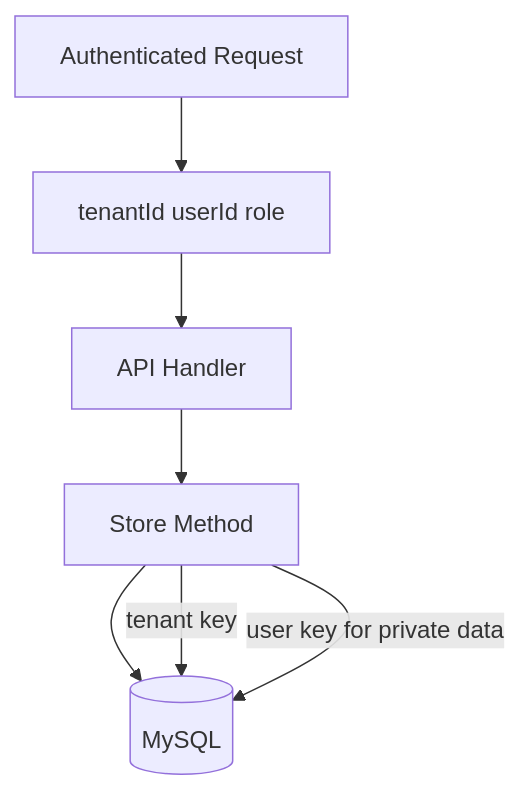
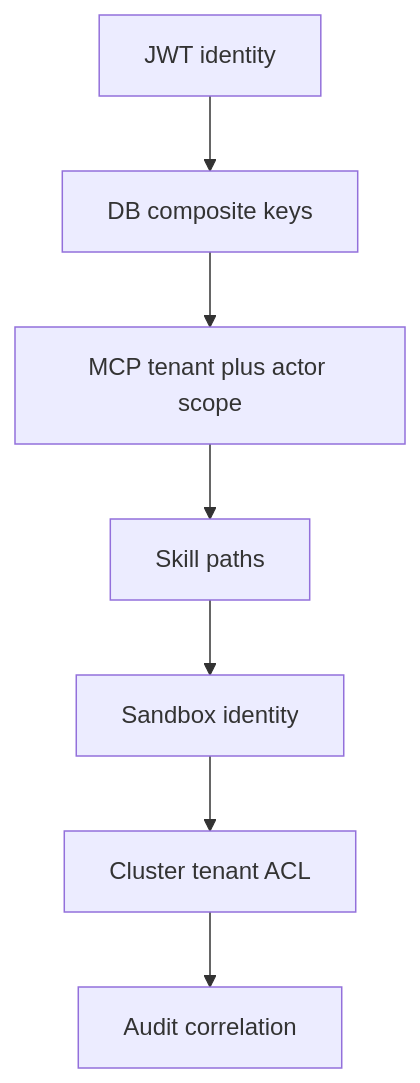
Before and after one commit to Wpxknight/agentdemo: the second of 3 diagrams in docs/design/06-auth-security-tenancy.md, drawn with Mermaid. The commit also changed other lines of this file and 30 other files, not shown here.

````diff
--- a/docs/design/06-auth-security-tenancy.md
+++ b/docs/design/06-auth-security-tenancy.md
@@ -85,12 +64,9 @@
-~~~mermaid
+```mermaid
 flowchart TD
-  Req[Authenticated Request]
-  Ctx[tenantId userId role]
-  API[API Handler]
-  Store[Store Method]
-  DB[(MySQL)]
-
-  Req --> Ctx --> API --> Store --> DB
-  Store -->|tenant key| DB
-  Store -->|user key for private data| DB
-~~~
+  J[JWT identity] --> D[DB composite keys]
+  D --> M[MCP tenant plus actor scope]
+  M --> K[Skill paths]
+  K --> S[Sandbox identity]
+  S --> C[Cluster tenant ACL]
+  C --> A[Audit correlation]
+```
````
